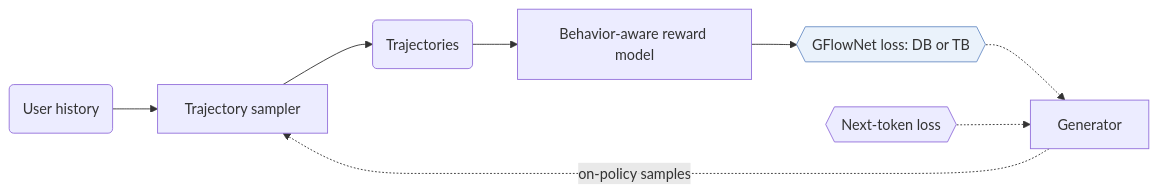
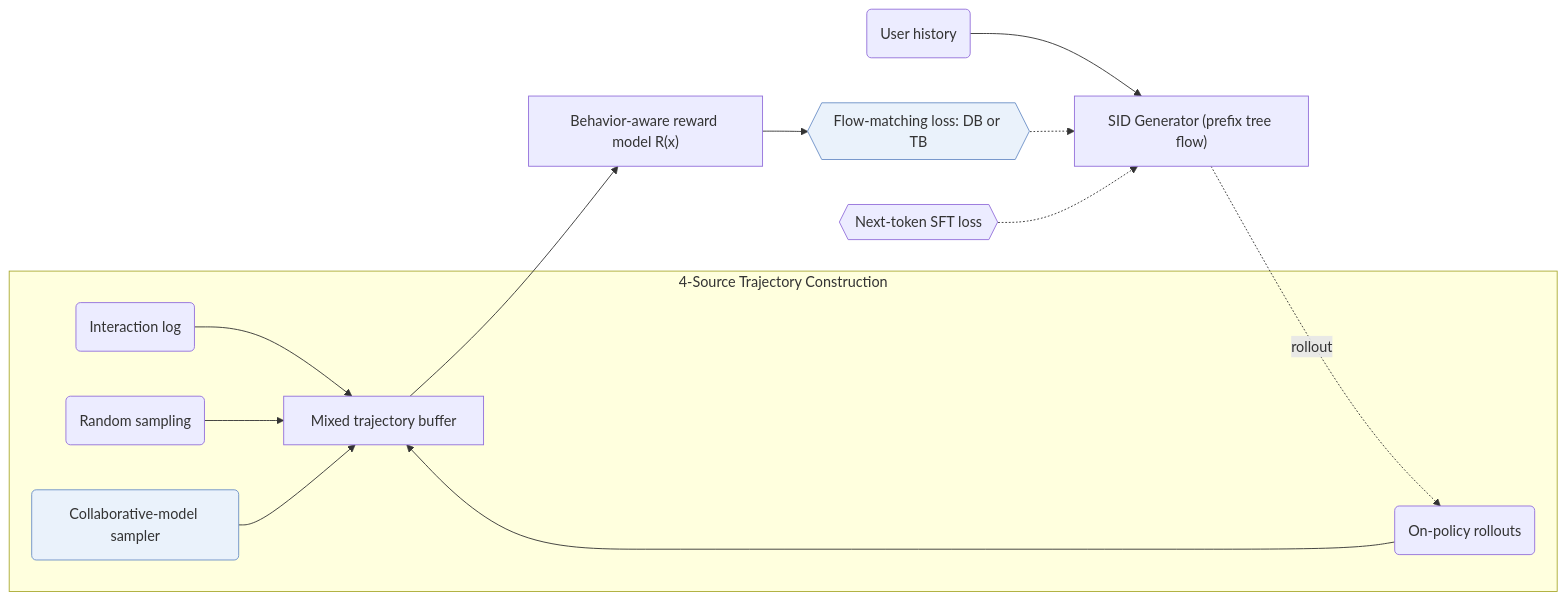
The diagram in notes/gflowgr.md (Galaxy-ghost/Awesome-SID-Generative-Rec), drawn with Mermaid before and after one commit. The commit also changed other lines of this file and 649 other files, not shown here.

Commit message:
writer-05: also tags and modality index (schema, check, build, visuals); summary field removed; calibration data for 12 papers

````diff
--- a/notes/gflowgr.md
+++ b/notes/gflowgr.md
@@ -14,11 +14,16 @@
 ```mermaid
 flowchart LR
-    A("User history") --> S["Trajectory sampler"]
-    S --> T("Trajectories")
-    T --> R["Behavior-aware reward model"]
-    R --> L{{"GFlowNet loss: DB or TB"}}:::key
-    L -.-> G["Generator"]
-    N{{"Next-token loss"}} -.-> G
-    G -.->|on-policy samples| S
+    subgraph Src["4-Source Trajectory Construction"]
+        I("Interaction log") --> M["Mixed trajectory buffer"]
+        R("Random sampling") --> M
+        C("Collaborative-model sampler"):::key --> M
+        O("On-policy rollouts") --> M
+    end
+    A("User history") --> G["SID Generator (prefix tree flow)"]
+    G -.->|rollout| O
+    M --> RM["Behavior-aware reward model R(x)"]
+    RM --> L1{{"Flow-matching loss: DB or TB"}}:::key
+    L1 -.-> G
+    L2{{"Next-token SFT loss"}} -.-> G
     classDef key fill:#eaf2fb,stroke:#6b8fc7
 ```
````
